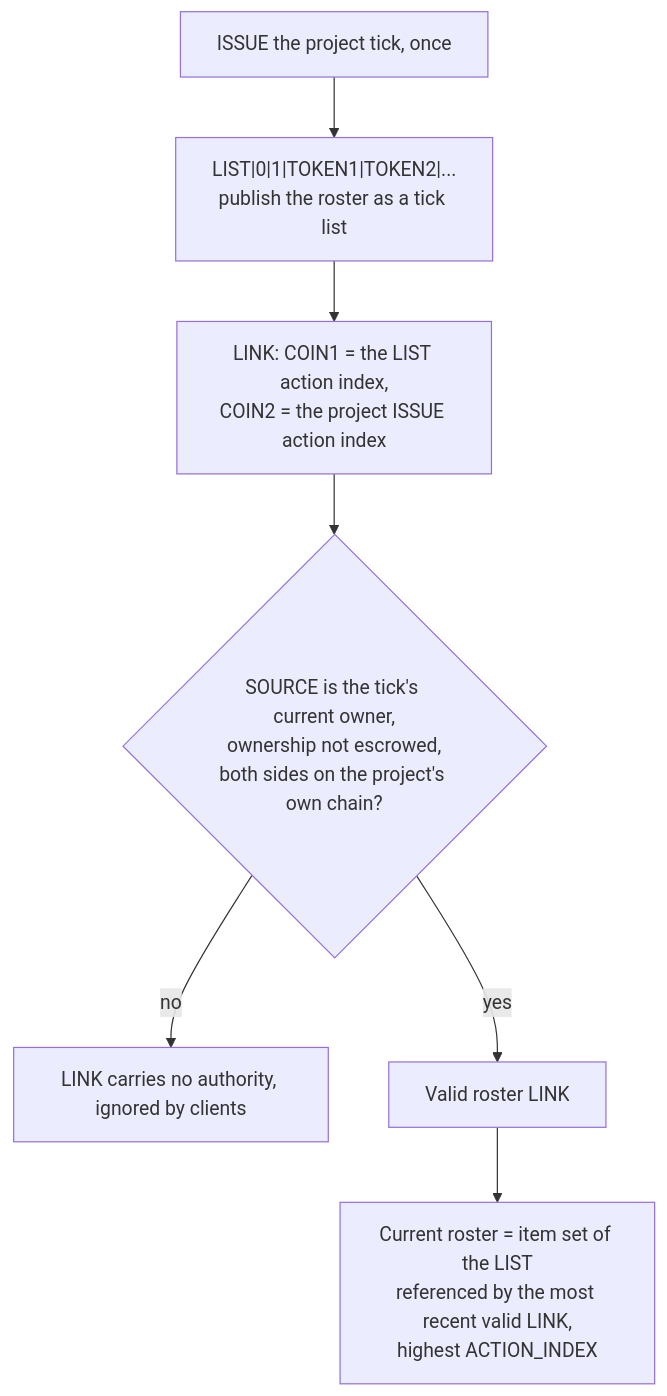
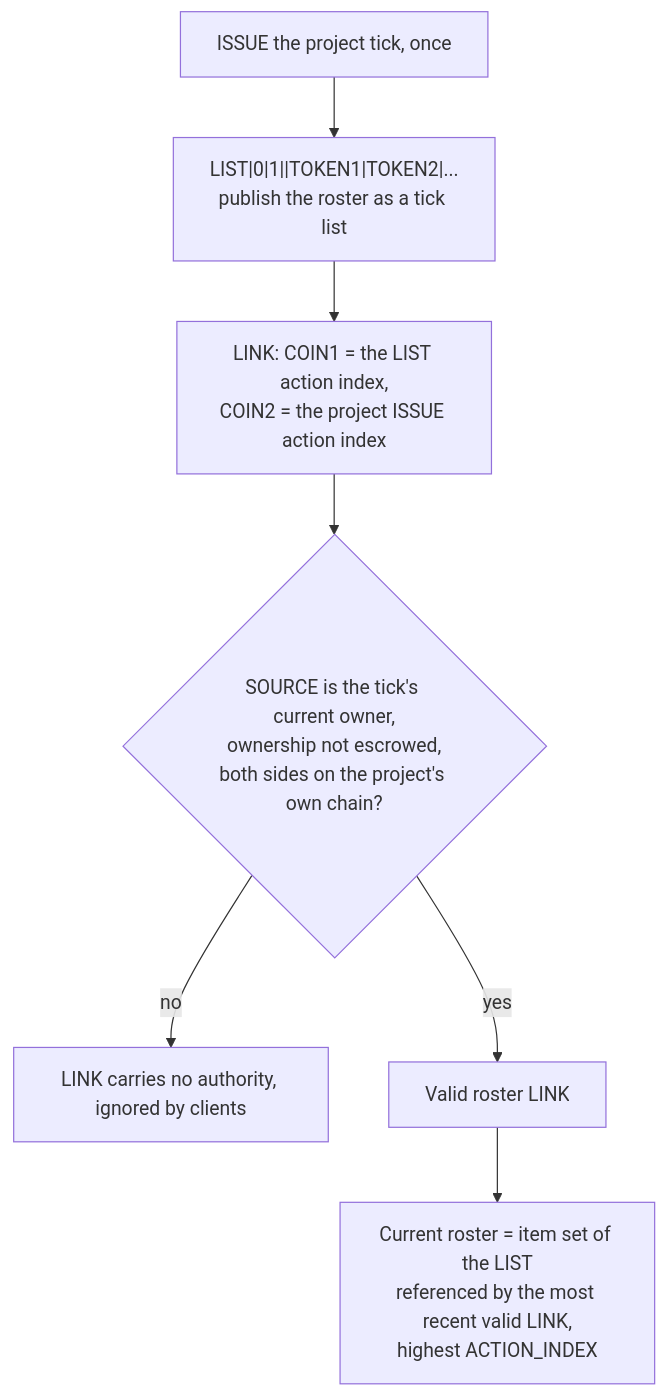
The diagram in protocol/project-registry.md (XChain-Platform/xchain-documentation), drawn with Mermaid before and after one commit. The commit also changed other lines of this file and 75 other files, not shown here.

````diff
--- a/protocol/project-registry.md
+++ b/protocol/project-registry.md
@@ -97,9 +101,9 @@
 ```mermaid
 flowchart TD
-    Issue["ISSUE the project tick, once"] --> List["LIST|0|1|TOKEN1|TOKEN2|...<br>publish the roster as a tick list"]
+    Issue["ISSUE the project tick, once"] --> List["LIST|0|1||TOKEN1|TOKEN2|...<br>publish the roster as a tick list"]
     List --> Link["LINK: COIN1 = the LIST action index,<br>COIN2 = the project ISSUE action index"]
     Link --> Check{"SOURCE is the tick's current owner,<br>ownership not escrowed,<br>both sides on the project's own chain?"}
     Check -->|"no"| Ignored["LINK carries no authority, ignored by clients"]
     Check -->|"yes"| Valid["Valid roster LINK"]
     Valid --> Resolve["Current roster = item set of the LIST<br>referenced by the most recent valid LINK,<br>highest ACTION_INDEX"]
 ```
````
